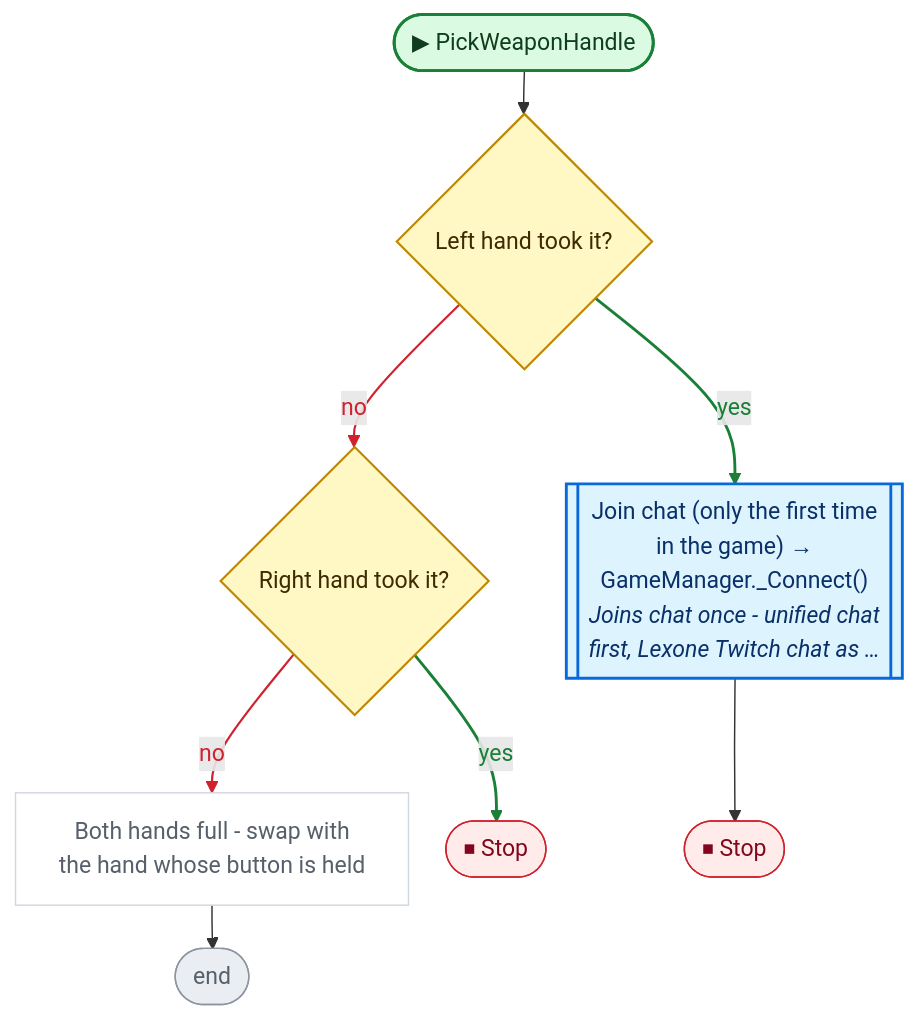
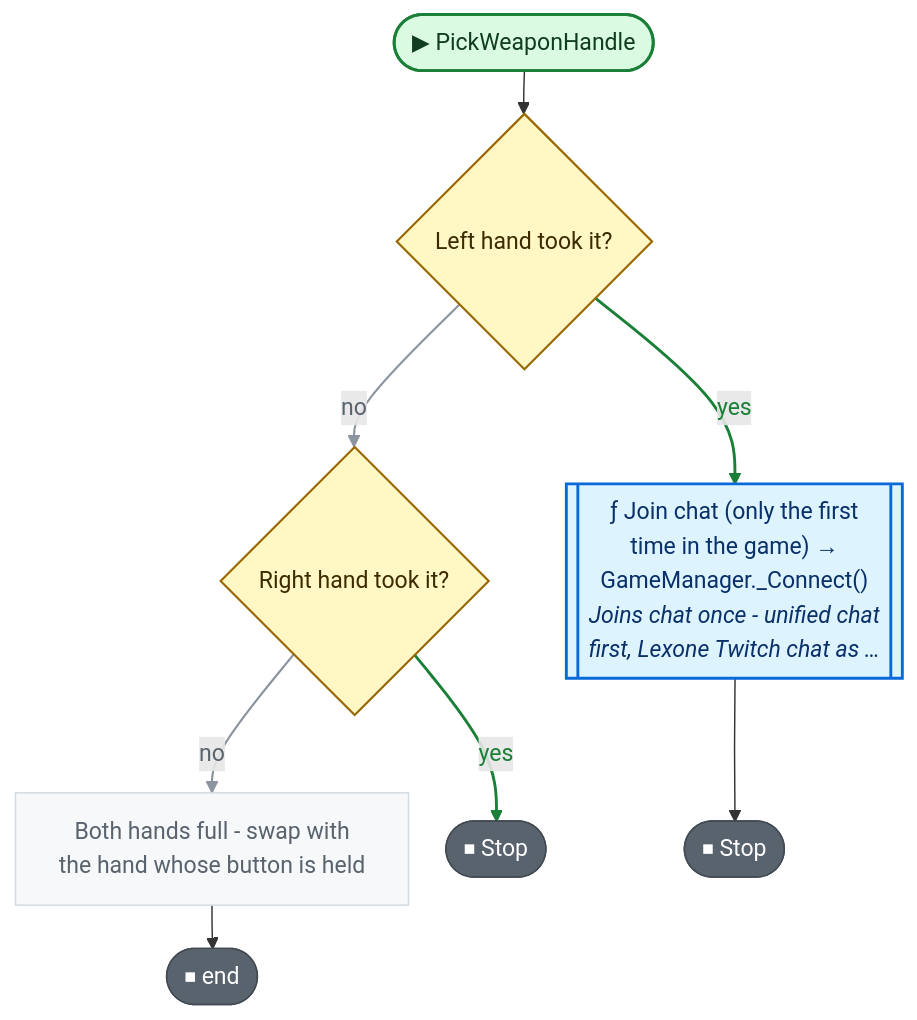
One commit to nataiai/Lord-of-the-Dungeon changed the fourth of 7 diagrams in CodeGraph~/graph/Loot.cs.md. Above: the diagram before and after it, drawn with Mermaid. The commit also changed other lines of this file and 57 other files, not shown here.

````diff
--- a/CodeGraph~/graph/Loot.cs.md
+++ b/CodeGraph~/graph/Loot.cs.md
@@ -183,49 +200,49 @@
 ```mermaid
 ---
 config:
   flowchart:
     wrappingWidth: 260
     nodeSpacing: 26
     rankSpacing: 30
 ---
 flowchart TD
   nS(["▶ PickWeaponHandle"])
   n089197{"Left hand took it?"}
-  n5aa3bd[["Join chat (only the first time<br>in the game) →<br>GameManager._Connect()<br><i>Joins chat once - unified chat</i><br><i>first, Lexone Twitch chat as …</i>"]]
+  n5aa3bd[["ƒ Join chat (only the first<br>time in the game) →<br>GameManager._Connect()<br><i>Joins chat once - unified chat</i><br><i>first, Lexone Twitch chat as …</i>"]]
   n58220d{"Right hand took it?"}
   n4922ac["Both hands full - swap with<br>the hand whose button is held"]
-  nE(["end"])
+  nE(["⏹ end"])
   nb2e4fc(["⏹ Stop"])
   n8ac8b5(["⏹ Stop"])
   nS --> n089197
   n5aa3bd --> nb2e4fc
   n089197 -->|no| n58220d
   n089197 -->|yes| n5aa3bd
   n58220d -->|no| n4922ac
   n58220d -->|yes| n8ac8b5
   n4922ac --> nE
-  linkStyle 2 stroke:#cf222e,stroke-width:1.5px,color:#cf222e
+  linkStyle 2 stroke:#8c959f,stroke-width:1.5px,color:#59636e
   linkStyle 3 stroke:#1a7f37,stroke-width:2px,color:#1a7f37
-  linkStyle 4 stroke:#cf222e,stroke-width:1.5px,color:#cf222e
+  linkStyle 4 stroke:#8c959f,stroke-width:1.5px,color:#59636e
   linkStyle 5 stroke:#1a7f37,stroke-width:2px,color:#1a7f37
   classDef unity fill:#dafbe1,stroke:#1a7f37,stroke-width:2px,color:#0f3d1d
   classDef start fill:#dafbe1,stroke:#1a7f37,stroke-width:2px,color:#0f3d1d
-  classDef calc fill:#ffffff,stroke:#d0d7de,color:#57606a
+  classDef calc fill:#f6f8fa,stroke:#d1d9e0,color:#59636e
   classDef calls fill:#ddf4ff,stroke:#0969da,stroke-width:2px,color:#0a3069
-  classDef ext fill:#ddf4ff,stroke:#0969da,stroke-width:2px,stroke-dasharray:5 3,color:#0a3069
-  classDef cond fill:#fff8c5,stroke:#bf8700,stroke-width:1.5px,color:#3d2a00
-  classDef loop fill:#f6f8fa,stroke:#57606a,color:#1f2328
-  classDef exit fill:#ffebe9,stroke:#cf222e,color:#82071e
+  classDef ext fill:#f6f8fa,stroke:#59636e,stroke-width:1.5px,stroke-dasharray:5 5,color:#1f2328
+  classDef cond fill:#fff8c5,stroke:#9a6700,stroke-width:1.5px,color:#3d2a00
+  classDef loop fill:#fff8c5,stroke:#9a6700,color:#3d2a00
+  classDef wait fill:#fff8c5,stroke:#9a6700,color:#3d2a00
+  classDef exit fill:#59636e,stroke:#424a53,color:#ffffff
+  classDef fin fill:#59636e,stroke:#424a53,color:#ffffff
+  classDef act fill:#ffffff,stroke:#59636e,stroke-width:1.5px,color:#1f2328
   classDef kill fill:#ffebe9,stroke:#cf222e,stroke-width:2px,color:#82071e
-  classDef spawn fill:#dafbe1,stroke:#1a7f37,stroke-width:2px,color:#0f3d1d
-  classDef wait fill:#fff1e5,stroke:#bc4c00,color:#4d1d00
-  classDef fin fill:#eaeef2,stroke:#8c959f,color:#57606a
   classDef join fill:#d0d7de,stroke:#8c959f,color:#57606a
   classDef ghdr fill:#f5f9ff,stroke:#f5f9ff,color:#0a3069,font-weight:bold
   class n4922ac calc
   class n5aa3bd calls
   class n089197,n58220d cond
   class nb2e4fc,n8ac8b5 exit
   class nE fin
   class nS start
 ```
````
